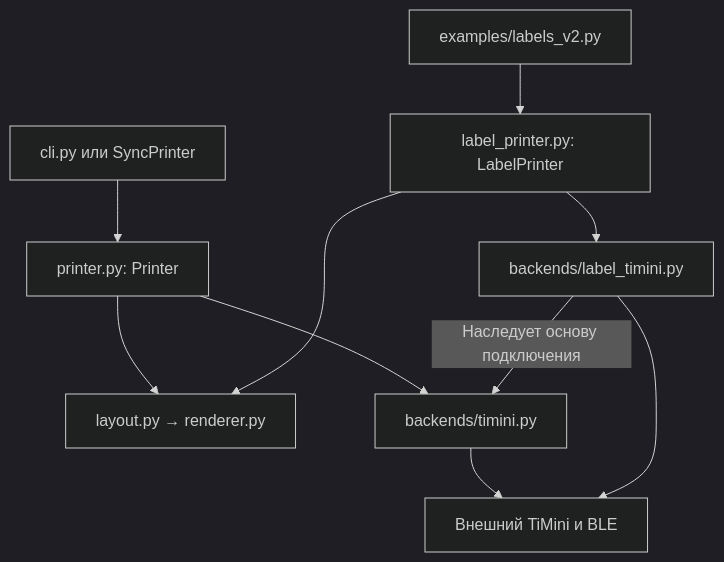
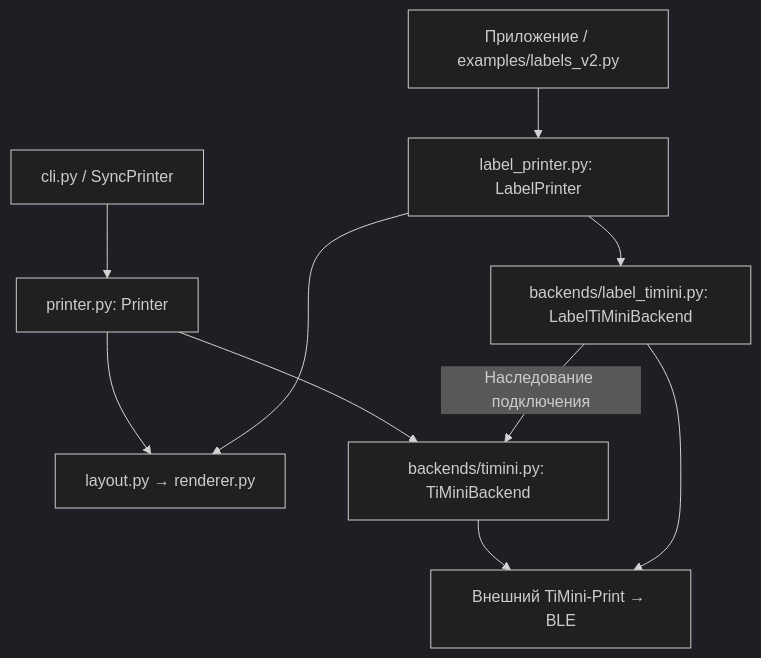
One commit to limbura/CyberpunkIdPrinter changed the second of 2 diagrams in README.md. Above: the diagram before and after it, drawn with Mermaid (dark theme). The commit also changed other lines of this file, not shown here.

Commit message:
Rewrite README as current CyberpunkIdPrinter usage guide with diagrams

````diff
--- a/README.md
+++ b/README.md
@@ -322,12 +275,12 @@
 ```mermaid
 flowchart TD
-    C["cli.py или SyncPrinter"] --> P["printer.py: Printer"]
-    E["examples/labels_v2.py"] --> L["label_printer.py: LabelPrinter"]
+    C["cli.py / SyncPrinter"] --> P["printer.py: Printer"]
+    E["Приложение / examples/labels_v2.py"] --> L["label_printer.py: LabelPrinter"]
     P --> R["layout.py → renderer.py"]
     L --> R
-    P --> T["backends/timini.py"]
-    L --> B["backends/label_timini.py"]
-    B -->|"Наследует основу подключения"| T
-    T --> X["Внешний TiMini и BLE"]
+    P --> T["backends/timini.py: TiMiniBackend"]
+    L --> B["backends/label_timini.py: LabelTiMiniBackend"]
+    B -->|"Наследование подключения"| T
+    T --> X["Внешний TiMini-Print → BLE"]
     B --> X
 ```
````
